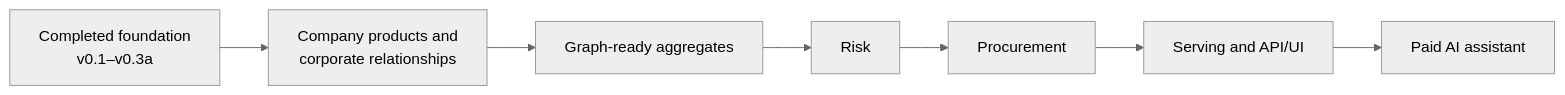
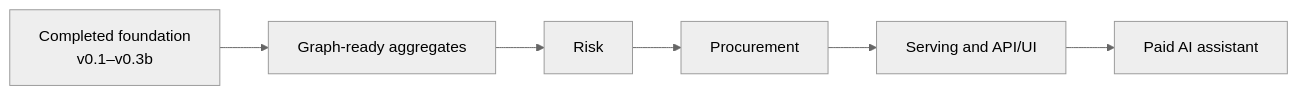
Before and after one commit to sergiorf/atlas: the second of 2 diagrams in docs/atlas_unified_plan.md, drawn with Mermaid (neutral theme). The commit also changed other lines of this file and 7 other files, not shown here.

````diff
--- a/docs/atlas_unified_plan.md
+++ b/docs/atlas_unified_plan.md
@@ -315,9 +315,8 @@
 ```mermaid
 flowchart LR
-    A["Completed foundation<br/>v0.1–v0.3a"] --> C["Company products and<br/>corporate relationships"]
-    C --> D["Graph-ready aggregates"]
+    A["Completed foundation<br/>v0.1–v0.3b"] --> D["Graph-ready aggregates"]
     D --> E["Risk"]
     E --> F["Procurement"]
     F --> G["Serving and API/UI"]
     G --> H["Paid AI assistant"]
 ```
````
